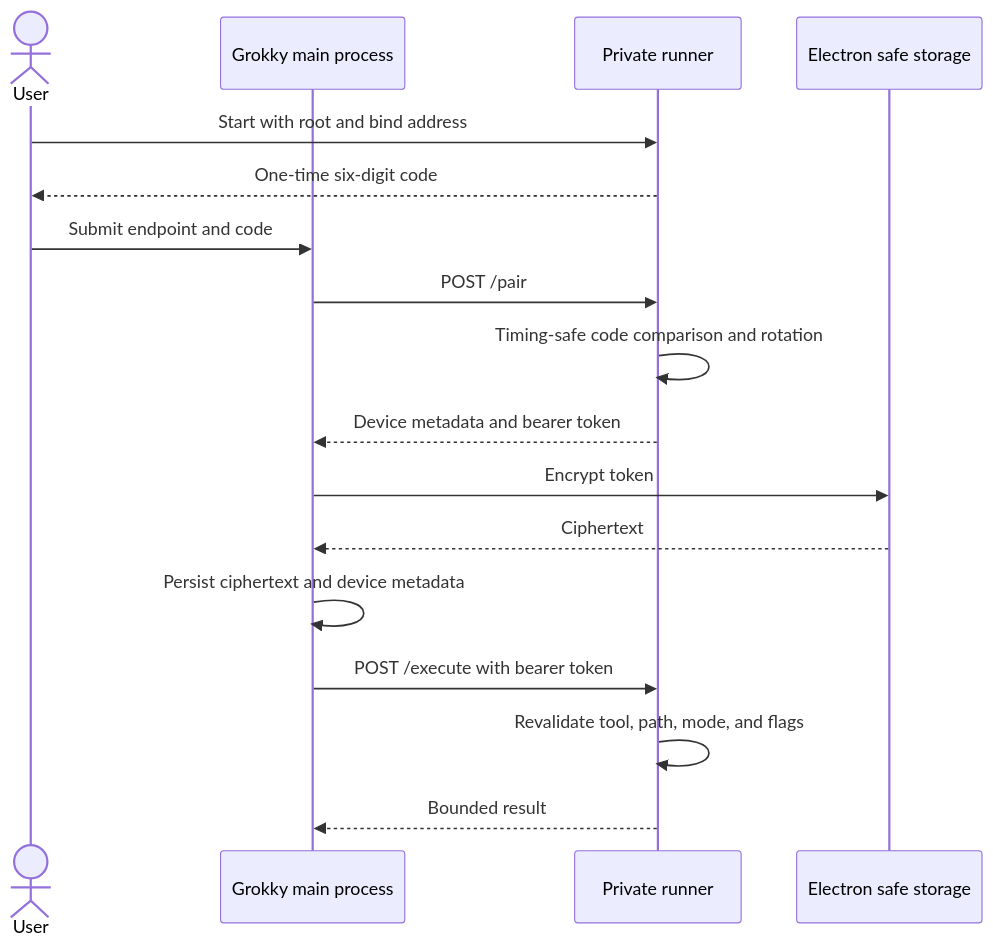
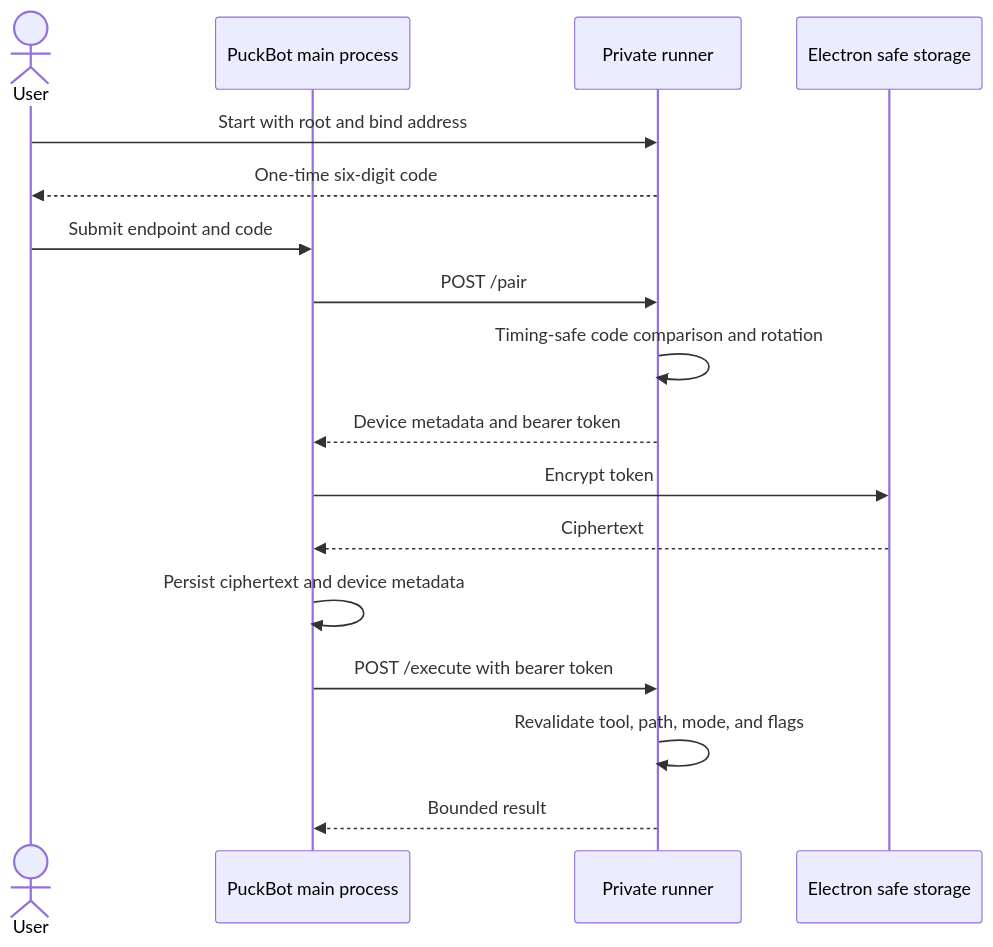
One commit to jasonagency/grokky changed the ninth of 11 diagrams in docs/ARCHITECTURE.md. Above: the diagram before and after it, drawn with Mermaid. The commit also changed other lines of this file and 60 other files, not shown here.

Commit message:
feat(app): migrate identity to PuckBot

````diff
--- a/docs/ARCHITECTURE.md
+++ b/docs/ARCHITECTURE.md
@@ -299,20 +299,20 @@
 ```mermaid
 sequenceDiagram
   actor U as User
-  participant G as Grokky main process
+  participant G as PuckBot main process
   participant R as Private runner
   participant K as Electron safe storage
 
   U->>R: Start with root and bind address
   R-->>U: One-time six-digit code
   U->>G: Submit endpoint and code
   G->>R: POST /pair
   R->>R: Timing-safe code comparison and rotation
   R-->>G: Device metadata and bearer token
   G->>K: Encrypt token
   K-->>G: Ciphertext
   G->>G: Persist ciphertext and device metadata
   G->>R: POST /execute with bearer token
   R->>R: Revalidate tool, path, mode, and flags
   R-->>G: Bounded result
 ```
````
